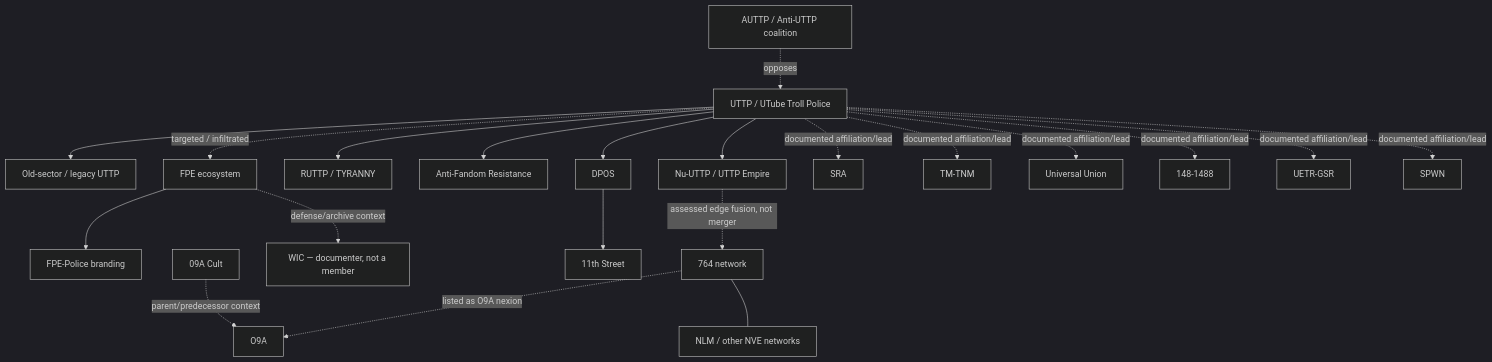
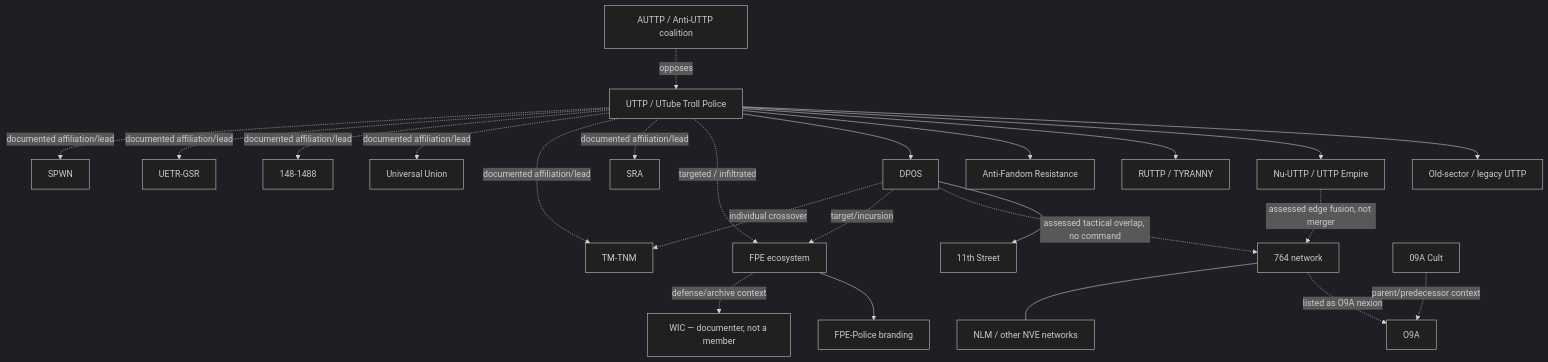
The diagram in 00_READ_FIRST/ENTITY_MAP.md (AnonCatalyst/UTTP), drawn with Mermaid (dark theme) before and after one commit. The commit also changed other lines of this file and 24 other files, not shown here.

````diff
--- a/00_READ_FIRST/ENTITY_MAP.md
+++ b/00_READ_FIRST/ENTITY_MAP.md
@@ -7,45 +7,48 @@
 ```mermaid
 graph TD
   UTTP[UTTP / UTube Troll Police]
   OLD[Old-sector / legacy UTTP]
   NU[Nu-UTTP / UTTP Empire]
   RUTTP[RUTTP / TYRANNY]
   AFR[Anti-Fandom Resistance]
   DPOS[DPOS]
   FPE[FPE ecosystem]
   FPEB[FPE-Police branding]
   AUTTP[AUTTP / Anti-UTTP coalition]
   N764[764 network]
   O9A[O9A]
   NLM[NLM / other NVE networks]
   WIC[WIC — documenter, not a member]
   SRA[SRA]
   TM[TM-TNM]
   UU[Universal Union]
   G148[148-1488]
   ENCL[UETR-GSR]
   SPWN[SPWN]
   E11[11th Street]
   C09A[09A Cult]
 
   UTTP --> OLD
   UTTP --> NU
   UTTP --> RUTTP
   UTTP --> AFR
   UTTP --> DPOS
   NU -. assessed edge fusion, not merger .-> N764
   N764 -. listed as O9A nexion .-> O9A
   N764 --- NLM
   UTTP -. targeted / infiltrated .-> FPE
   FPE --> FPEB
   FPE -. defense/archive context .-> WIC
   AUTTP -. opposes .-> UTTP
   UTTP -. documented affiliation/lead .-> SRA
   UTTP -. documented affiliation/lead .-> TM
   UTTP -. documented affiliation/lead .-> UU
   UTTP -. documented affiliation/lead .-> G148
   UTTP -. documented affiliation/lead .-> ENCL
   UTTP -. documented affiliation/lead .-> SPWN
   DPOS --> E11
+  DPOS -. assessed tactical overlap, no command .-> N764
+  DPOS -. target/incursion .-> FPE
+  DPOS -. individual crossover .-> TM
   C09A -. parent/predecessor context .-> O9A
 ```
````
